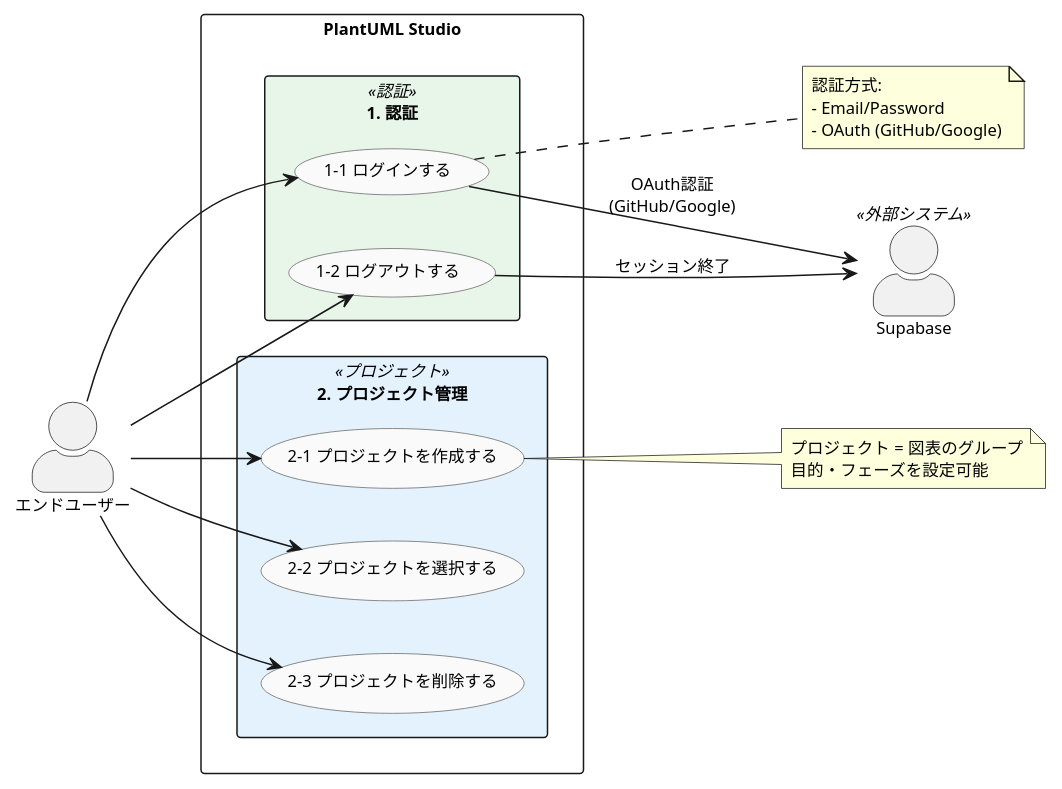
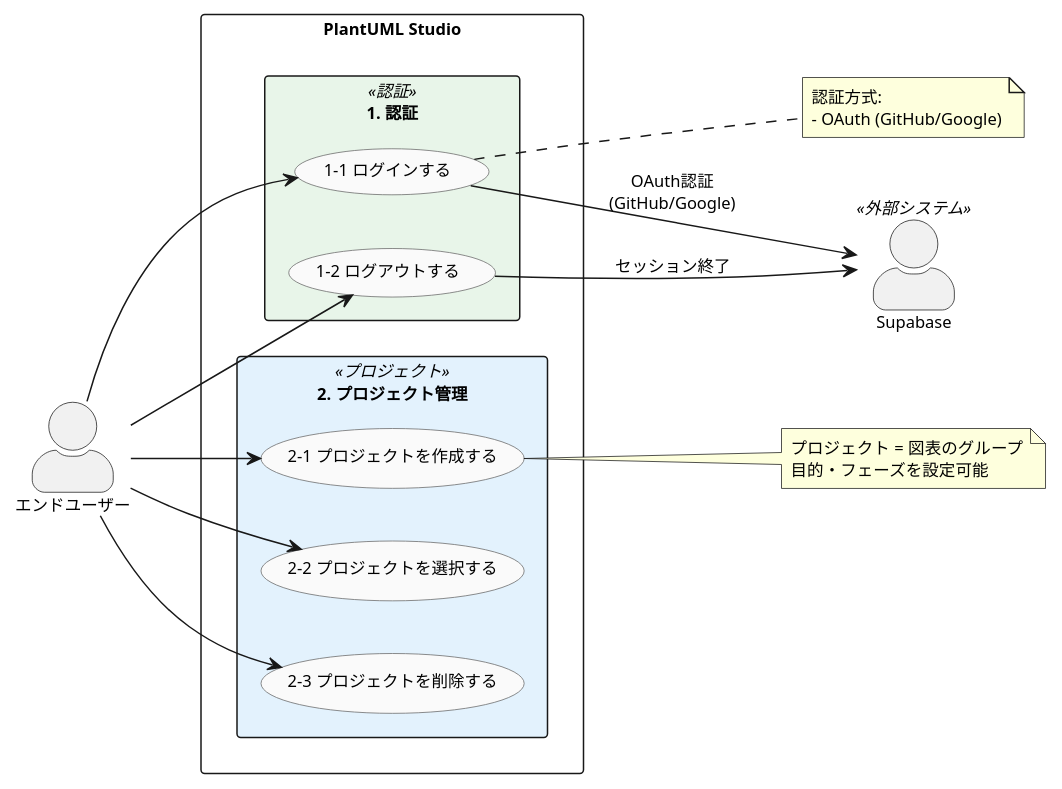
One commit to yoshiwo3/PlantUML2_Opus4.5 changed the third of 6 diagrams in docs/proposals/PlantUML_Studio_ユースケース図_20251130.md. Above: the diagram before and after it, drawn with PlantUML. The commit also changed other lines of this file and 3 other files, not shown here.

First line of the commit message:
docs: Add 3.4 認証フロー and remove Email/Password auth

````diff
--- a/docs/proposals/PlantUML_Studio_ユースケース図_20251130.md
+++ b/docs/proposals/PlantUML_Studio_ユースケース図_20251130.md
@@ -329,65 +329,64 @@
 ```plantuml
 @startuml PlantUML_Studio_UseCase_Auth_Project
 '==================================================
 ' 詳細図: 1.認証 + 2.プロジェクト管理
 '==================================================
 left to right direction
 
 skinparam actorStyle awesome
 skinparam packageStyle rectangle
 skinparam defaultFontSize 11
 
 skinparam package {
     BackgroundColor<<認証>> #E8F5E9
     BackgroundColor<<プロジェクト>> #E3F2FD
 }
 
 skinparam usecase {
     BackgroundColor #FAFAFA
     BorderColor #666666
 }
 
 '-- アクター --
 actor "エンドユーザー" as user
 actor "Supabase" as supabase <<外部システム>>
 
 '-- システム境界 --
 rectangle "PlantUML Studio" {
 
     package "1. 認証" <<認証>> {
         usecase "1-1 ログインする" as UC_LOGIN
         usecase "1-2 ログアウトする" as UC_LOGOUT
     }
 
     package "2. プロジェクト管理" <<プロジェクト>> {
         usecase "2-1 プロジェクトを作成する" as UC_PRJ_CREATE
         usecase "2-2 プロジェクトを選択する" as UC_PRJ_SELECT
         usecase "2-3 プロジェクトを削除する" as UC_PRJ_DELETE
     }
 }
 
 '-- 主アクター関連 --
 user --> UC_LOGIN
 user --> UC_LOGOUT
 user --> UC_PRJ_CREATE
 user --> UC_PRJ_SELECT
 user --> UC_PRJ_DELETE
 
 '-- 外部システム関連 --
 UC_LOGIN --> supabase : OAuth認証\n(GitHub/Google)
 UC_LOGOUT --> supabase : セッション終了
 
 '-- ノート --
 note right of UC_LOGIN
   認証方式:
-  - Email/Password
   - OAuth (GitHub/Google)
 end note
 
 note right of UC_PRJ_CREATE
   プロジェクト = 図表のグループ
   目的・フェーズを設定可能
 end note
 
 @enduml
 ```
````
